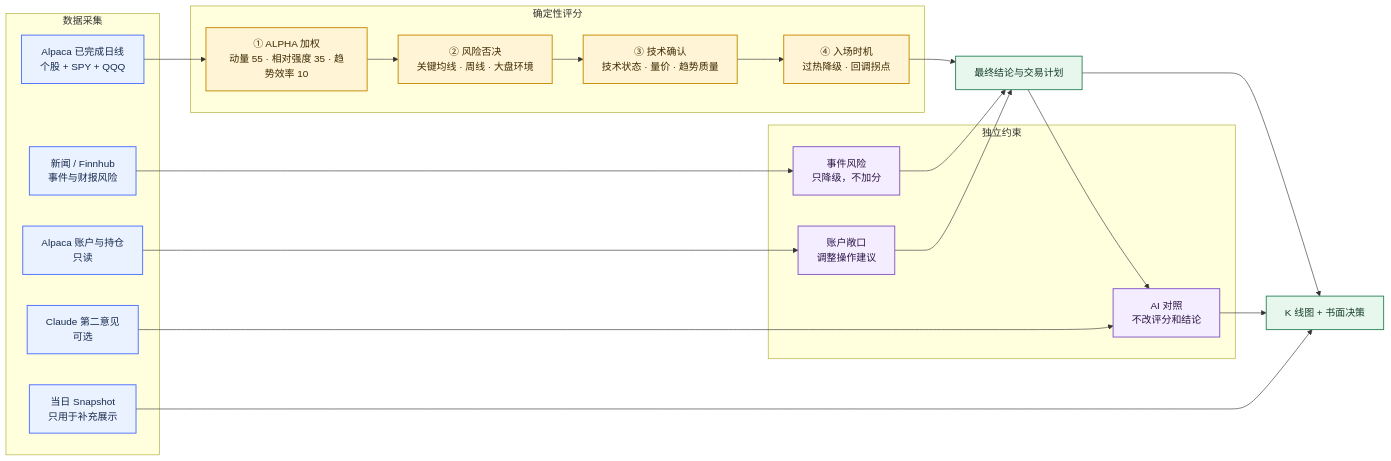
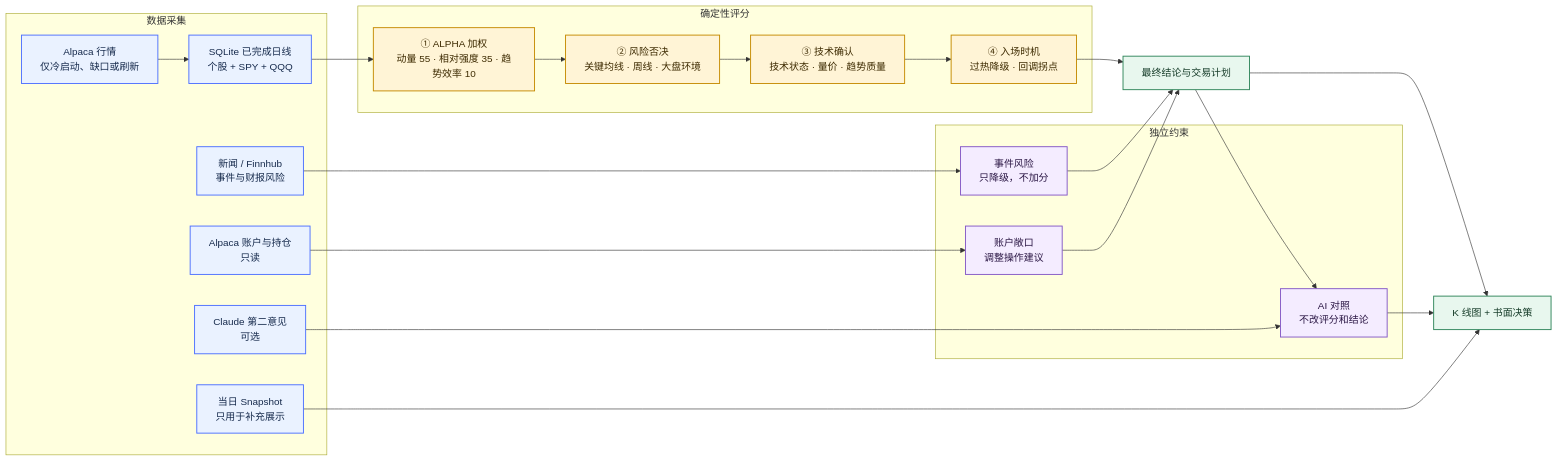
Before and after one commit to starriv/worth-buy-stocks: the first of 2 diagrams in README.md, drawn with Mermaid. The commit also changed other lines of this file and 22 other files, not shown here.

````diff
--- a/README.md
+++ b/README.md
@@ -57,47 +81,48 @@
 ```mermaid
 flowchart LR
     classDef source fill:#EAF2FF,stroke:#4C6FFF,color:#172B4D,stroke-width:1.5px;
     classDef engine fill:#FFF4D6,stroke:#C58A00,color:#3D2A00,stroke-width:1.5px;
     classDef overlay fill:#F4ECFF,stroke:#8357C5,color:#2B1745,stroke-width:1.5px;
     classDef result fill:#E8F7EE,stroke:#2F855A,color:#173D2A,stroke-width:1.5px;
 
     subgraph DATA["数据采集"]
-        A["Alpaca 已完成日线<br/>个股 + SPY + QQQ"]
+        A["SQLite 已完成日线<br/>个股 + SPY + QQQ"]
+        H["Alpaca 行情<br/>仅冷启动、缺口或刷新"]
         S["当日 Snapshot<br/>只用于补充展示"]
         P["Alpaca 账户与持仓<br/>只读"]
         N["新闻 / Finnhub<br/>事件与财报风险"]
         X["Claude 第二意见<br/>可选"]
     end
 
     subgraph SCORE["确定性评分"]
         B["① ALPHA 加权<br/>动量 55 · 相对强度 35 · 趋势效率 10"]
         C["② 风险否决<br/>关键均线 · 周线 · 大盘环境"]
         D["③ 技术确认<br/>技术状态 · 量价 · 趋势质量"]
         E["④ 入场时机<br/>过热降级 · 回调拐点"]
         B --> C --> D --> E
     end
 
     subgraph CONTROL["独立约束"]
         R["事件风险<br/>只降级，不加分"]
         O["账户敞口<br/>调整操作建议"]
         Q["AI 对照<br/>不改评分和结论"]
     end
 
     F["最终结论与交易计划"]
     G["K 线图 + 书面决策"]
 
-    A --> B
+    H --> A --> B
     N --> R --> F
     P --> O --> F
     E --> F
     F --> Q
     X --> Q
     F --> G
     Q --> G
     S --> G
 
-    class A,S,P,N,X source;
+    class A,H,S,P,N,X source;
     class B,C,D,E engine;
     class R,O,Q overlay;
     class F,G result;
 ```
````
